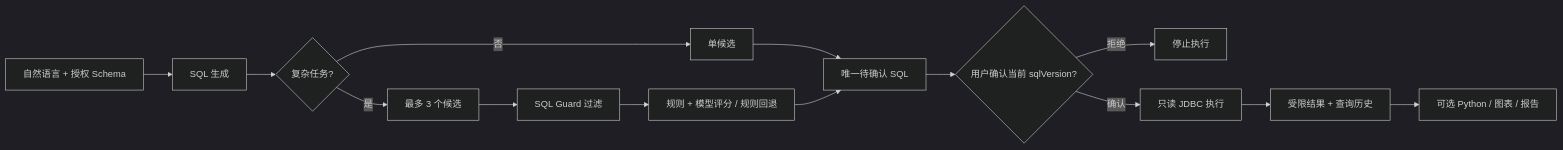
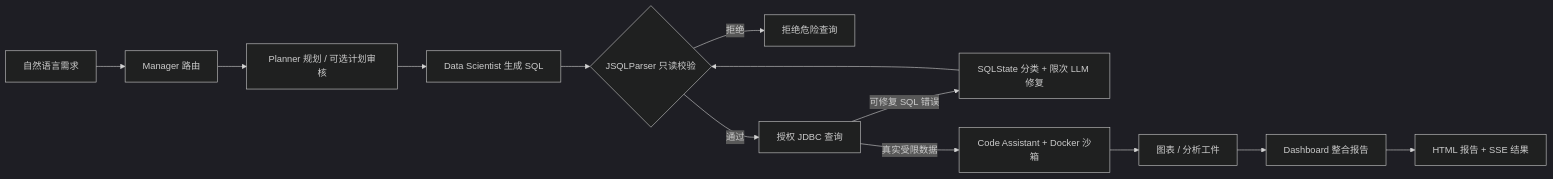
The third of 3 diagrams in README.md (zmzzj1/ZZJ-NL2SQL-backend), drawn with Mermaid (dark theme) before and after one commit. The commit also changed other lines of this file, not shown here.

Commit message:
docs: focus README on agent architecture

````diff
--- a/README.md
+++ b/README.md
@@ -198,16 +143,15 @@
 ```mermaid
 flowchart LR
-    Q["自然语言 + 授权 Schema"] --> GEN["SQL 生成"]
-    GEN --> C{复杂任务?}
-    C -->|否| S["单候选"]
-    C -->|是| M["最多 3 个候选"]
-    M --> GUARD["SQL Guard 过滤"]
-    GUARD --> SCORE["规则 + 模型评分 / 规则回退"]
-    S --> ONE["唯一待确认 SQL"]
-    SCORE --> ONE
-    ONE --> HITL{用户确认当前 sqlVersion?}
-    HITL -->|拒绝| STOP["停止执行"]
-    HITL -->|确认| EXEC["只读 JDBC 执行"]
-    EXEC --> RES["受限结果 + 查询历史"]
-    RES --> DOWN["可选 Python / 图表 / 报告"]
+    Q[自然语言需求] --> A[Manager 路由]
+    A --> B[Planner 规划 / 可选计划审核]
+    B --> C[Data Scientist 生成 SQL]
+    C --> D{JSQLParser 只读校验}
+    D -->|拒绝| X[拒绝危险查询]
+    D -->|通过| E[授权 JDBC 查询]
+    E -->|可修复 SQL 错误| F[SQLState 分类 + 限次 LLM 修复]
+    F --> D
+    E -->|真实受限数据| G[Code Assistant + Docker 沙箱]
+    G --> H[图表 / 分析工件]
+    H --> I[Dashboard 整合报告]
+    I --> J[HTML 报告 + SSE 结果]
 ```
````
